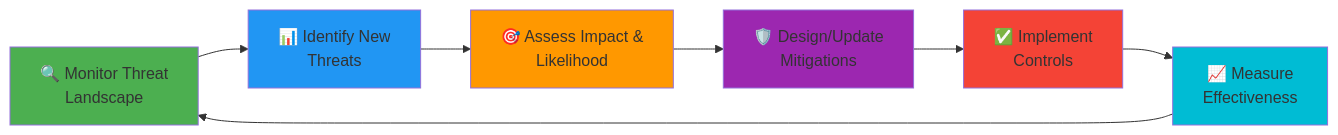
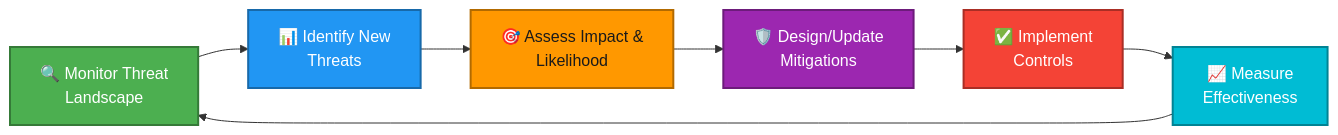
Before and after one commit to Hack23/European-Parliament-MCP-Server: diagram 12 of 21 in api-markdown/documents/THREAT_MODEL.md, drawn with Mermaid. The commit also changed other lines of this file and 1837 other files, not shown here.

````diff
--- a/api-markdown/documents/THREAT_MODEL.md
+++ b/api-markdown/documents/THREAT_MODEL.md
@@ -1106,16 +1168,22 @@
 ```mermaid
 graph LR
     A[🔍 Monitor Threat<br/>Landscape] --> B[📊 Identify New<br/>Threats]
     B --> C[🎯 Assess Impact &<br/>Likelihood]
     C --> D[🛡️ Design/Update<br/>Mitigations]
     D --> E[✅ Implement<br/>Controls]
     E --> F[📈 Measure<br/>Effectiveness]
     F --> A
     
-    style A fill:#4CAF50
-    style B fill:#2196F3
-    style C fill:#FF9800
-    style D fill:#9C27B0
-    style E fill:#F44336
-    style F fill:#00BCD4
+    style A fill:#4CAF50,stroke:#357a38,stroke-width:2px,color:#ffffff
+
+    style B fill:#2196F3,stroke:#1769aa,stroke-width:2px,color:#ffffff
+
+    style C fill:#FF9800,stroke:#b26a00,stroke-width:2px,color:#1a1a1a
+
+    style D fill:#9C27B0,stroke:#6d1b7b,stroke-width:2px,color:#ffffff
+
+    style E fill:#F44336,stroke:#aa2e25,stroke-width:2px,color:#ffffff
+
+    style F fill:#00BCD4,stroke:#008394,stroke-width:2px,color:#ffffff
+
 ```
````
